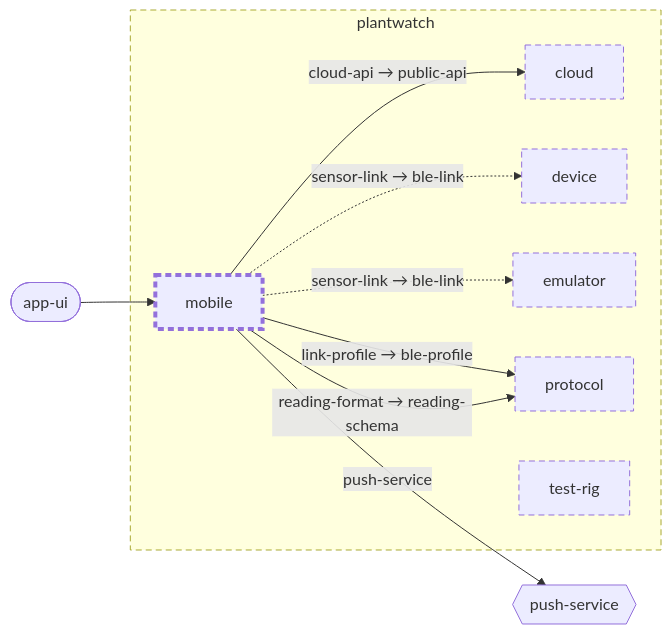
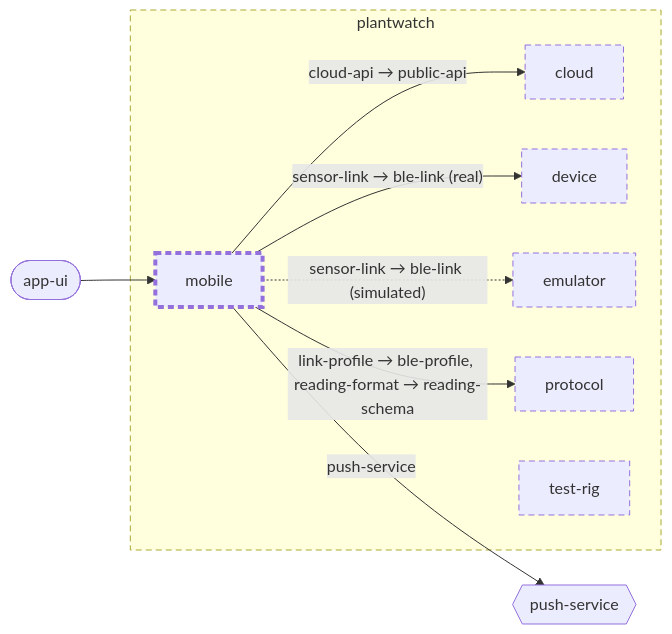
Before and after one commit to wackazong/unifold: the diagram in examples/plantwatch/mobile/doc/diagrams/context.md, drawn with Mermaid. The commit also changed other lines of this file and 330 other files, not shown here.

````diff
--- a/examples/plantwatch/mobile/doc/diagrams/context.md
+++ b/examples/plantwatch/mobile/doc/diagrams/context.md
@@ -8,30 +8,24 @@
 ```mermaid
 flowchart LR
   subgraph u_root["plantwatch"]
     u_cloud["cloud"]
     u_device["device"]
     u_emulator["emulator"]
     u_mobile["mobile"]
     u_protocol["protocol"]
-    u_test_rig["test-rig"]
+    u_test_drig["test-rig"]
   end
-  p_root_app_ui(["app-ui"])
-  n_root_push_service{{"push-service"}}
-  p_root_app_ui --> u_mobile
-  u_mobile -->|"link-profile → ble-profile"| u_protocol
-  u_mobile -->|"reading-format → reading-schema"| u_protocol
-  u_mobile -.->|"sensor-link → ble-link"| u_device
-  u_mobile -.->|"sensor-link → ble-link"| u_emulator
+  p_root___app_dui(["app-ui"])
+  n_root___push_dservice{{"push-service"}}
+  p_root___app_dui --> u_mobile
+  u_mobile -->|"sensor-link → ble-link (real)"| u_device
+  u_mobile -.->|"sensor-link → ble-link (simulated)"| u_emulator
   u_mobile -->|"cloud-api → public-api"| u_cloud
-  u_mobile -->|"push-service"| n_root_push_service
-  click u_cloud href "../../../cloud/README.md"
-  click u_device href "../../../device/README.md"
-  click u_emulator href "../../../emulator/README.md"
-  click u_mobile href "../../README.md"
-  click u_protocol href "../../../protocol/README.md"
-  click u_test_rig href "../../../test-rig/README.md"
+  u_mobile -->|"push-service"| n_root___push_dservice
+  u_mobile -->|"link-profile → ble-profile, reading-format → reading-schema"| u_protocol
   classDef focus stroke-width:4px
   classDef planned stroke-dasharray:6 4
-  class u_root,u_cloud,u_device,u_emulator,u_mobile,u_protocol,u_test_rig planned
+  classDef plain stroke-dasharray:2 3
+  class u_root,u_cloud,u_device,u_emulator,u_mobile,u_protocol,u_test_drig planned
   class u_mobile focus
 ```
````
